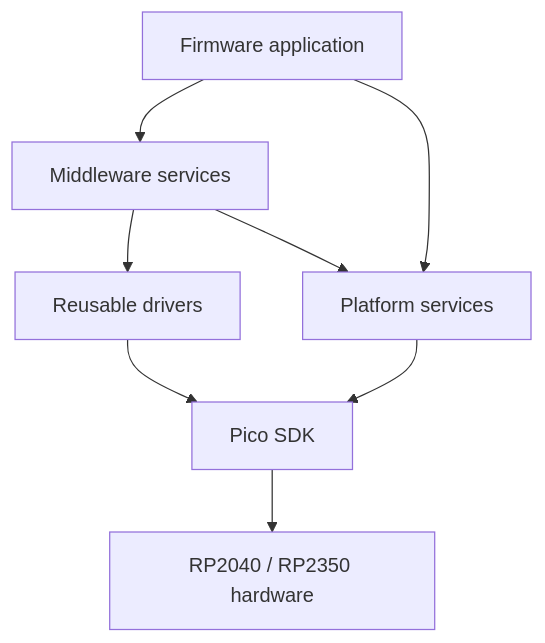
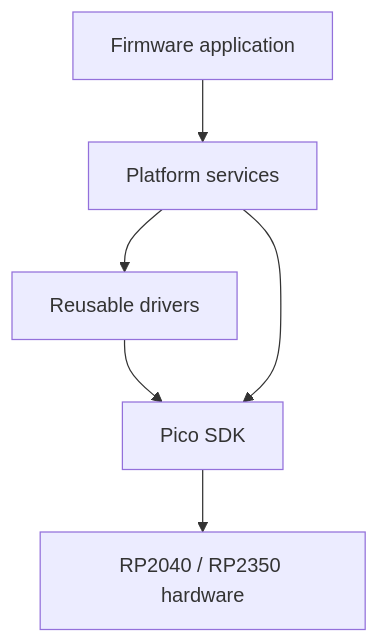
One commit to djwinter29-oss/PicoForge changed the first of 2 diagrams in docs/design/architecture.md. Above: the diagram before and after it, drawn with Mermaid. The commit also changed other lines of this file and 128 other files, not shown here.

````diff
--- a/docs/design/architecture.md
+++ b/docs/design/architecture.md
@@ -116,10 +115,8 @@
 ```mermaid
 flowchart TD
-    App["Firmware application"] --> Middleware["Middleware services"]
-    App --> Platform["Platform services"]
-    Middleware --> Drivers["Reusable drivers"]
-    Middleware --> Platform
+    App["Firmware application"] --> Platform["Platform services"]
+    Platform --> Drivers["Reusable drivers"]
     Drivers --> SDK["Pico SDK"]
     Platform --> SDK
     SDK --> Hardware["RP2040 / RP2350 hardware"]
 ```
````
